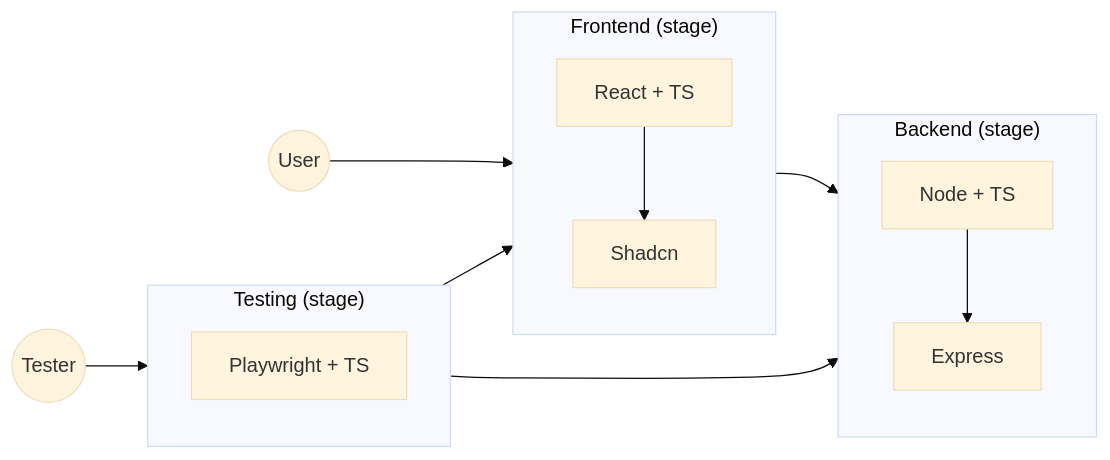
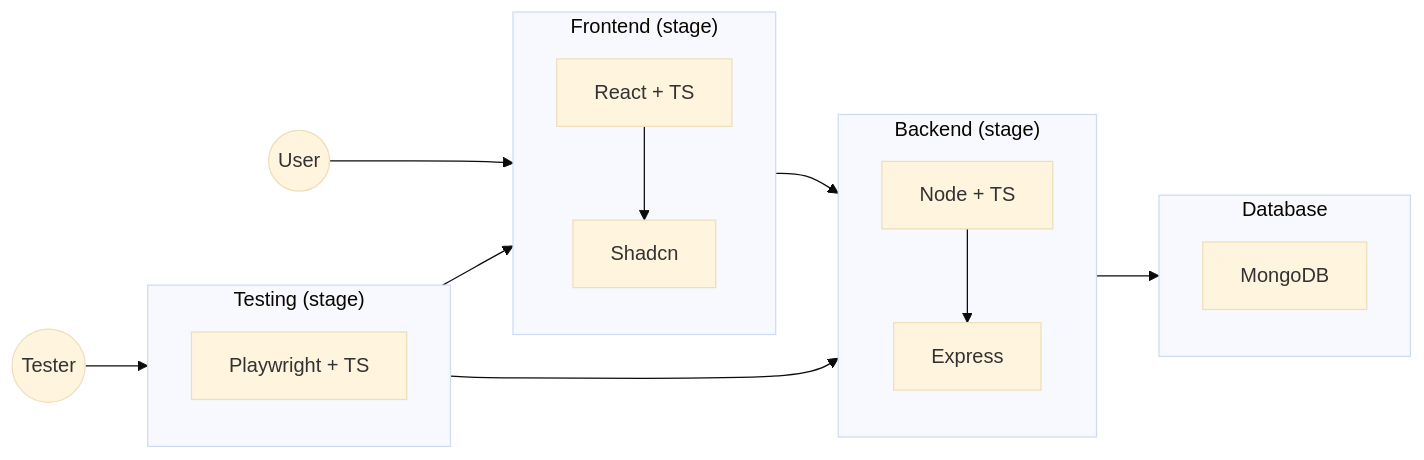
The third of 3 diagrams in Readme.md (OfficialApurvChatur/POC02-ExpressSetup), drawn with Mermaid (base theme) before and after one commit. The commit also changed other lines of this file and 4 other files, not shown here.

````diff
--- a/Readme.md
+++ b/Readme.md
@@ -41,25 +45,29 @@
 ```mermaid
   flowchart LR
     User(("User"))
     Tester(("Tester"))
 
       subgraph Testing["Testing (stage)"]
         Playwright["Playwright + TS"]
       end
       subgraph Frontend["Frontend (stage)"]
         React["React + TS"]
         Shadcn["Shadcn"]
       end
       subgraph Backend["Backend (stage)"]
         Node["Node + TS"]
         Express["Express"]
       end
+      subgraph Database["Database"]
+        MongoDB["MongoDB"]
+      end
 
     User --> Frontend
       React --> Shadcn
     Frontend --> Backend
+      Node --> Express
+    Backend --> Database
     Tester --> Testing
     Testing --> Backend
     Testing --> Frontend
-    Node --> Express
 ```
````
